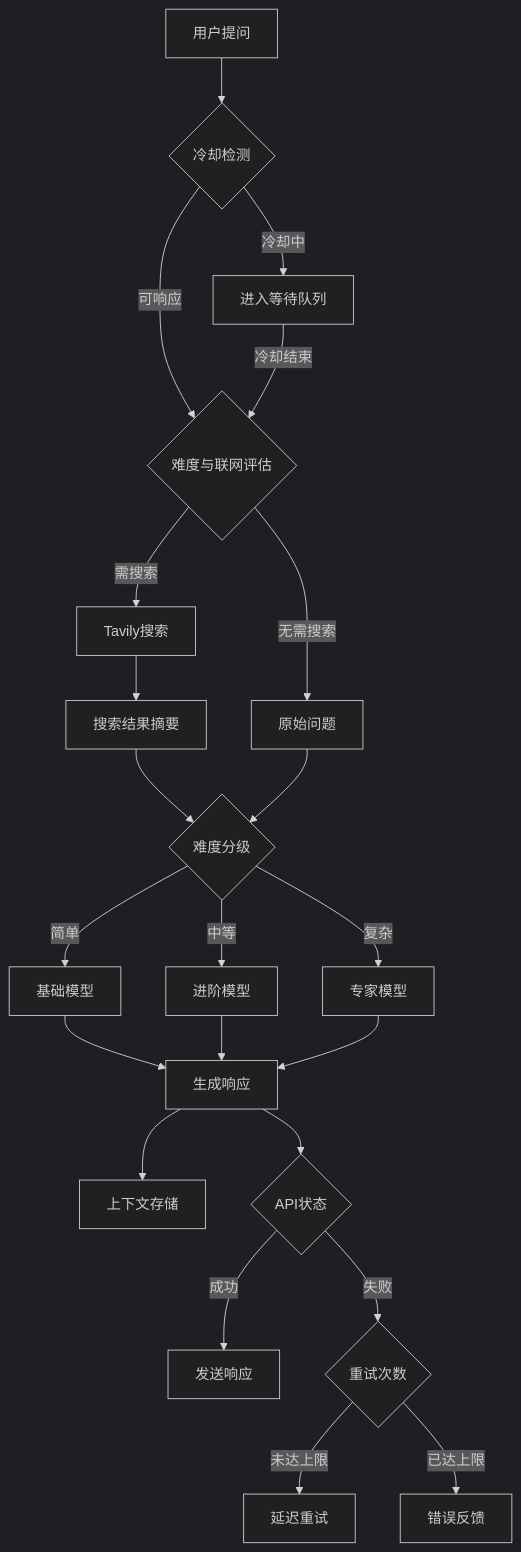
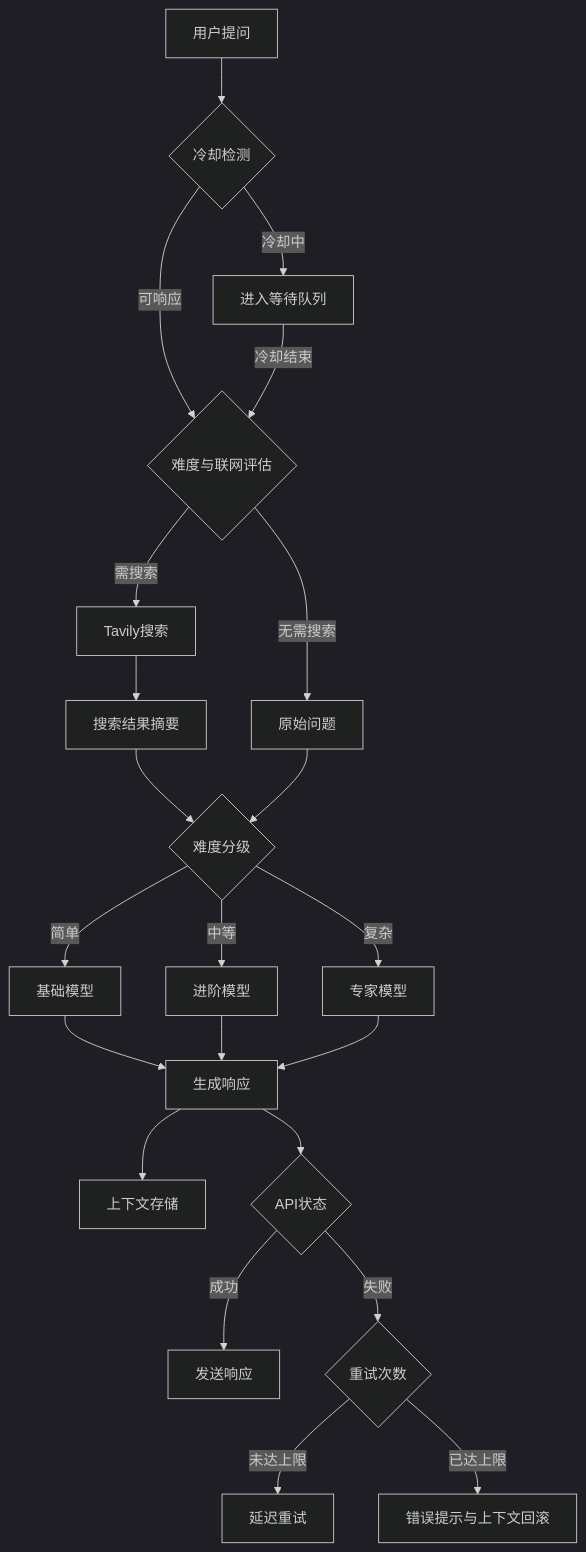
Before and after one commit to Elflare/nonebot-plugin-moellmchats: the diagram in README.md, drawn with Mermaid (dark theme). The commit also changed other lines of this file and 4 other files, not shown here.

````diff
--- a/README.md
+++ b/README.md
@@ -183,21 +191,21 @@
 ```mermaid
 graph TD
     A[用户提问] --> B{冷却检测}
     B -->|冷却中| C[进入等待队列]
     B -->|可响应| D{难度与联网评估}
     C -->|冷却结束| D
     D -->|需搜索| E[Tavily搜索]
     E --> F[搜索结果摘要]
     D -->|无需搜索| G[原始问题]
     F & G --> H{难度分级}
     H -->|简单| I[基础模型]
     H -->|中等| J[进阶模型]
     H -->|复杂| K[专家模型]
     I & J & K --> L[生成响应]
     L --> M[上下文存储]
     L --> N{API状态}
     N -->|成功| O[发送响应]
     N -->|失败| P{重试次数}
     P -->|未达上限| Q[延迟重试]
-    P -->|已达上限| R[错误反馈]
+    P -->|已达上限| R[错误提示与上下文回滚]
 ```
````
